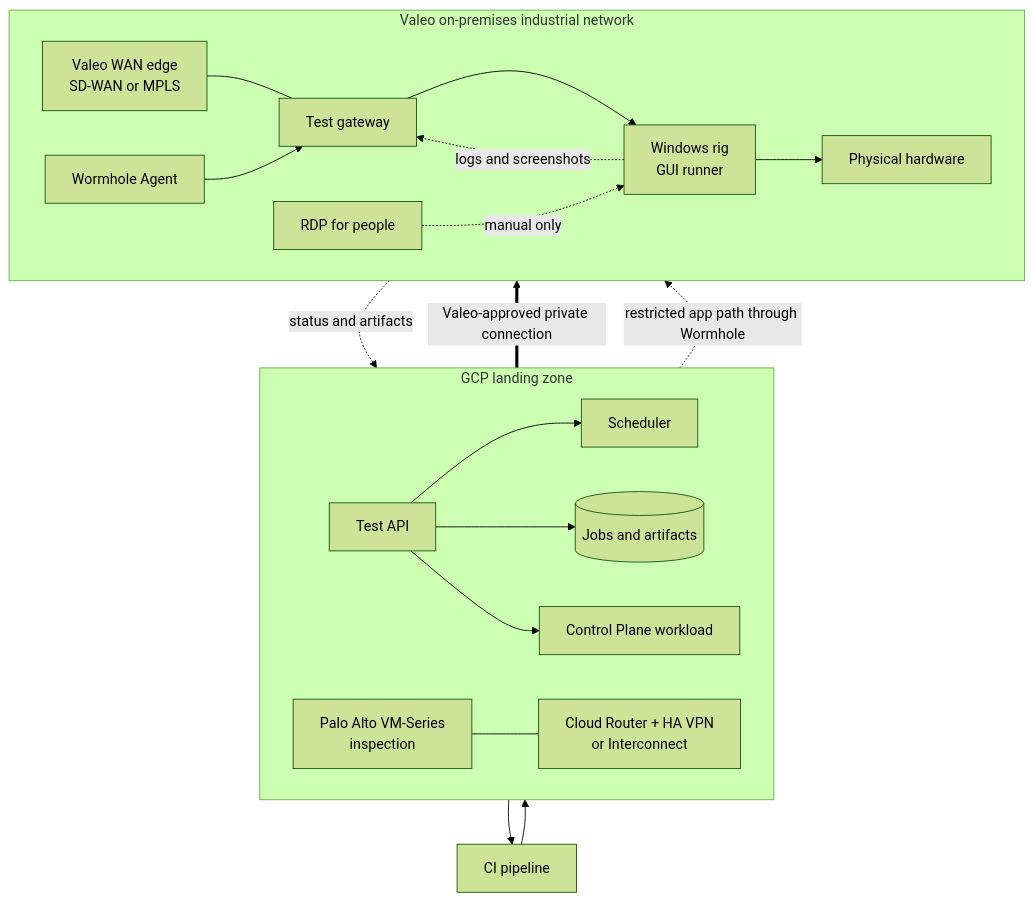
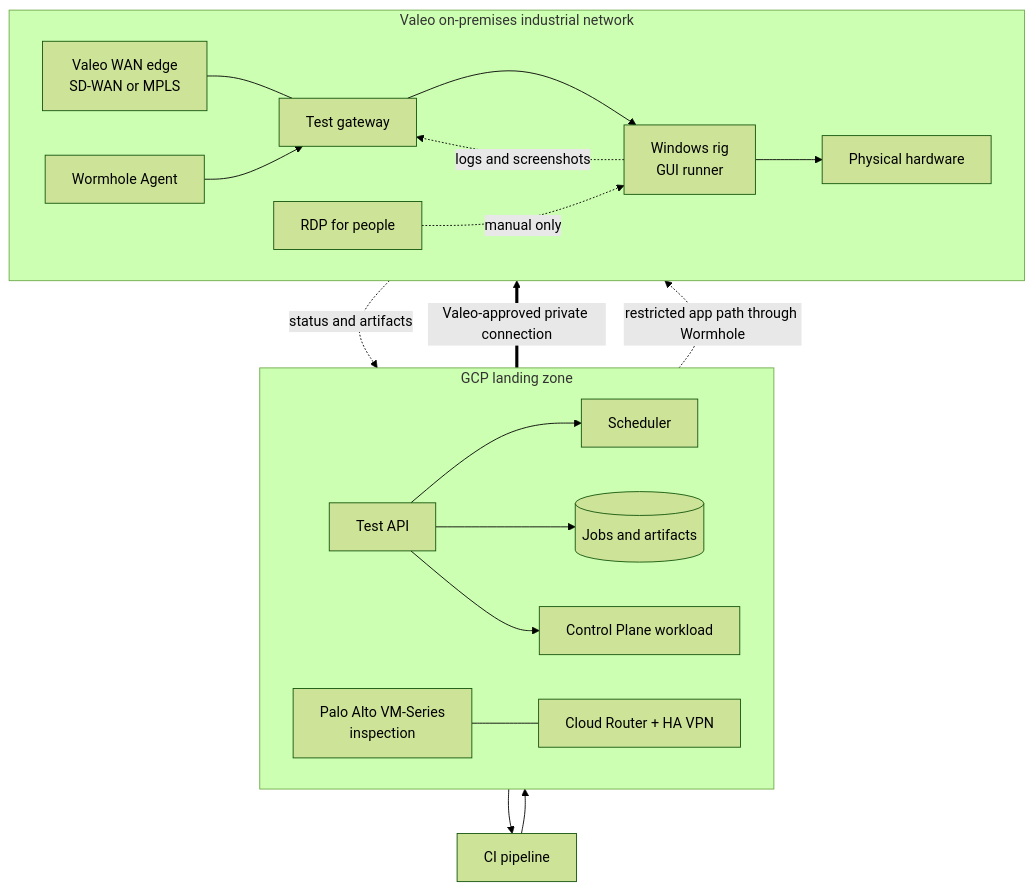
One commit to joreichhardt/rtst-hw changed the diagram in README.md. Above: the diagram before and after it, drawn with Mermaid (forest theme). The commit also changed other lines of this file and 5 other files, not shown here.

````diff
--- a/README.md
+++ b/README.md
@@ -13,26 +13,26 @@
 ```mermaid
 flowchart TB
   CI[CI pipeline] --> API[Test API]
 
   subgraph GCP[GCP landing zone]
     direction LR
     API --> SCH[Scheduler]
     API --> ART[(Jobs and artifacts)]
     API --> CP[Control Plane workload]
-    PA[Palo Alto VM-Series\ninspection] --- VPN[Cloud Router + HA VPN\nor Interconnect]
+    PA[Palo Alto VM-Series\ninspection] --- VPN[Cloud Router + HA VPN]
   end
 
   subgraph Valeo[Valeo on-premises industrial network]
     direction LR
     EDGE[Valeo WAN edge\nSD-WAN or MPLS] --- GW[Test gateway]
     WH[Wormhole Agent] --> GW
     GW --> WIN[Windows rig\nGUI runner] --> HW[Physical hardware]
     RDP[RDP for people] -. manual only .-> WIN
   end
 
   VPN == Valeo-approved private connection ==> EDGE
   CP -. restricted app path through Wormhole .-> WH
   WIN -. logs and screenshots .-> GW
   GW -. status and artifacts .-> API
   API --> CI
 ```
````
